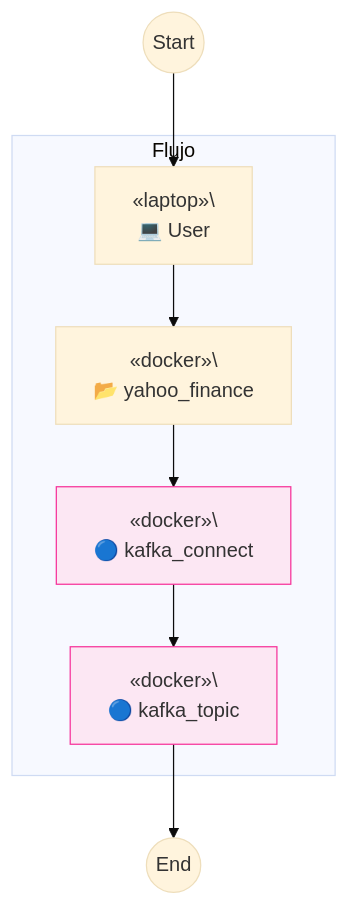
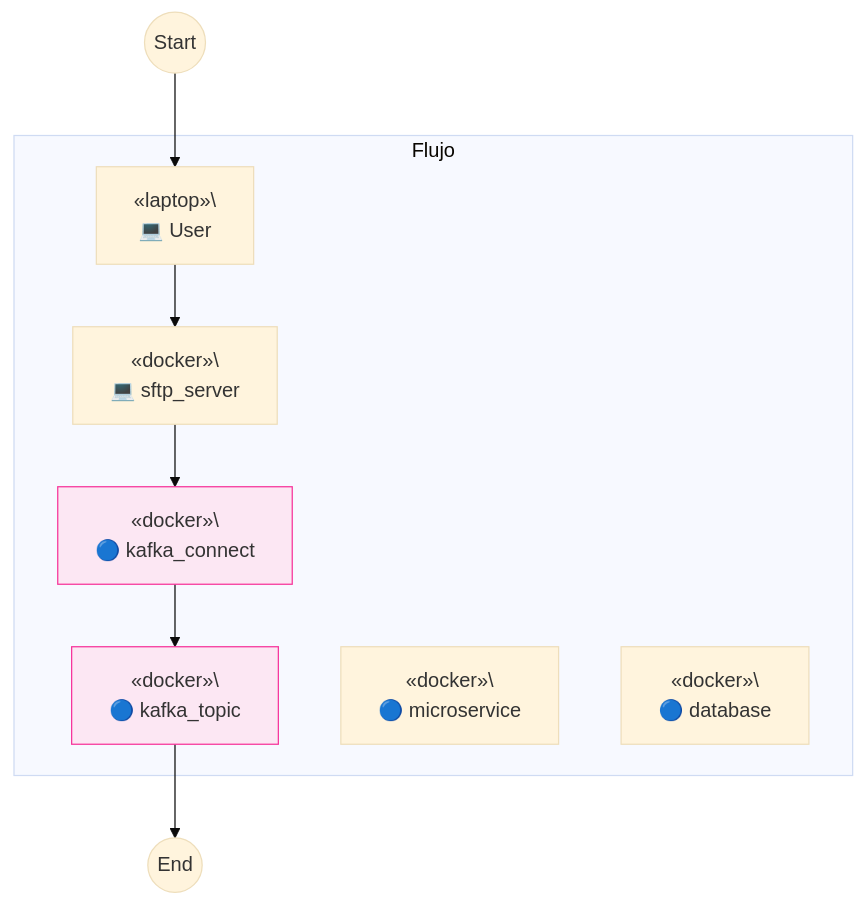
One commit to TrulyDigital/DATA_STREET changed the fourth of 4 diagrams in server_sftp/README.md. Above: the diagram before and after it, drawn with Mermaid (base theme).

Commit message:
feat: server-sftp uptade

````diff
--- a/server_sftp/README.md
+++ b/server_sftp/README.md
@@ -56,20 +56,24 @@
 ```mermaid
 graph TD
     subgraph Container_A [Flujo]
         A[«laptop»\<br/> 💻 User]
-        B[«docker»\<br/> 📂 yahoo_finance]
+        B[«docker»\<br/> 💻 sftp_server]
         C[«docker»\<br/> 🔵 kafka_connect]
         C:::note_c
         D[«docker»\<br/> 🔵 kafka_topic]
         D:::note_d
+        E[«docker»\<br/> 🔵 microservice]
+        E:::note_e
+        F[«docker»\<br/> 🔵 database]
+        F:::note_f
     end
 
     Start((Start)) --> A
     A --> B
     B --> C
     C --> D
     D --> End((End))
 
     classDef note_c fill:#fce7f3,stroke:#f6339a,stroke-width:1px;
     classDef note_d fill:#fce7f3,stroke:#f6339a,stroke-width:1px;
 ```
````
